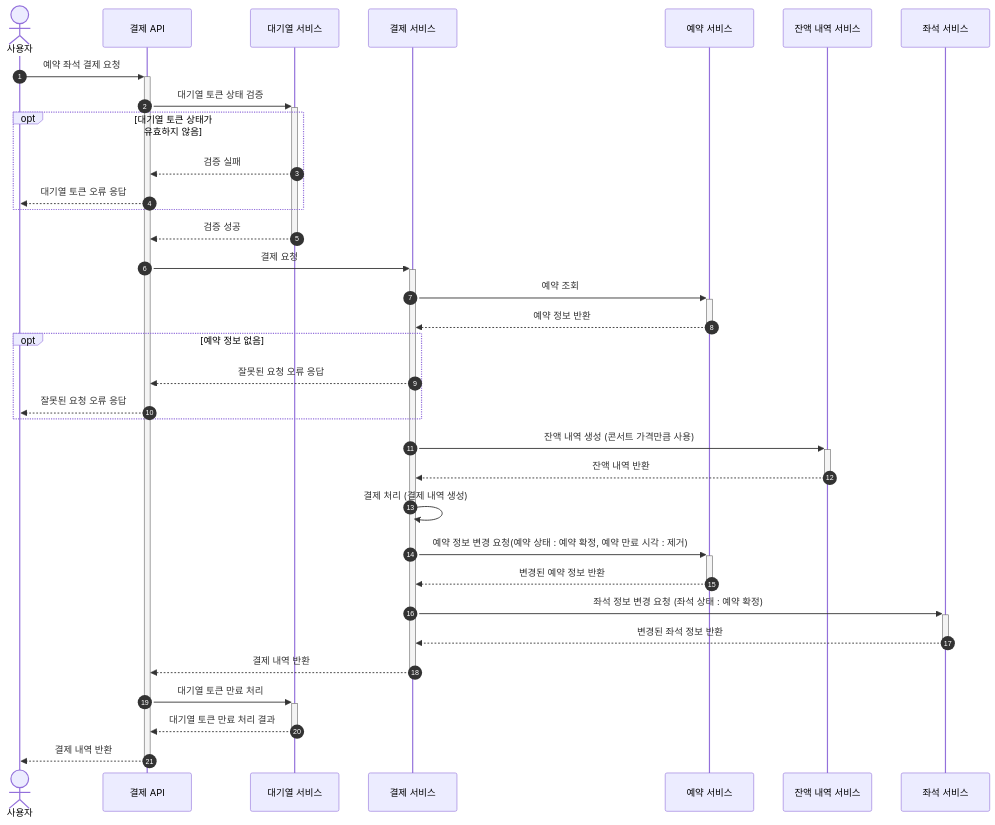
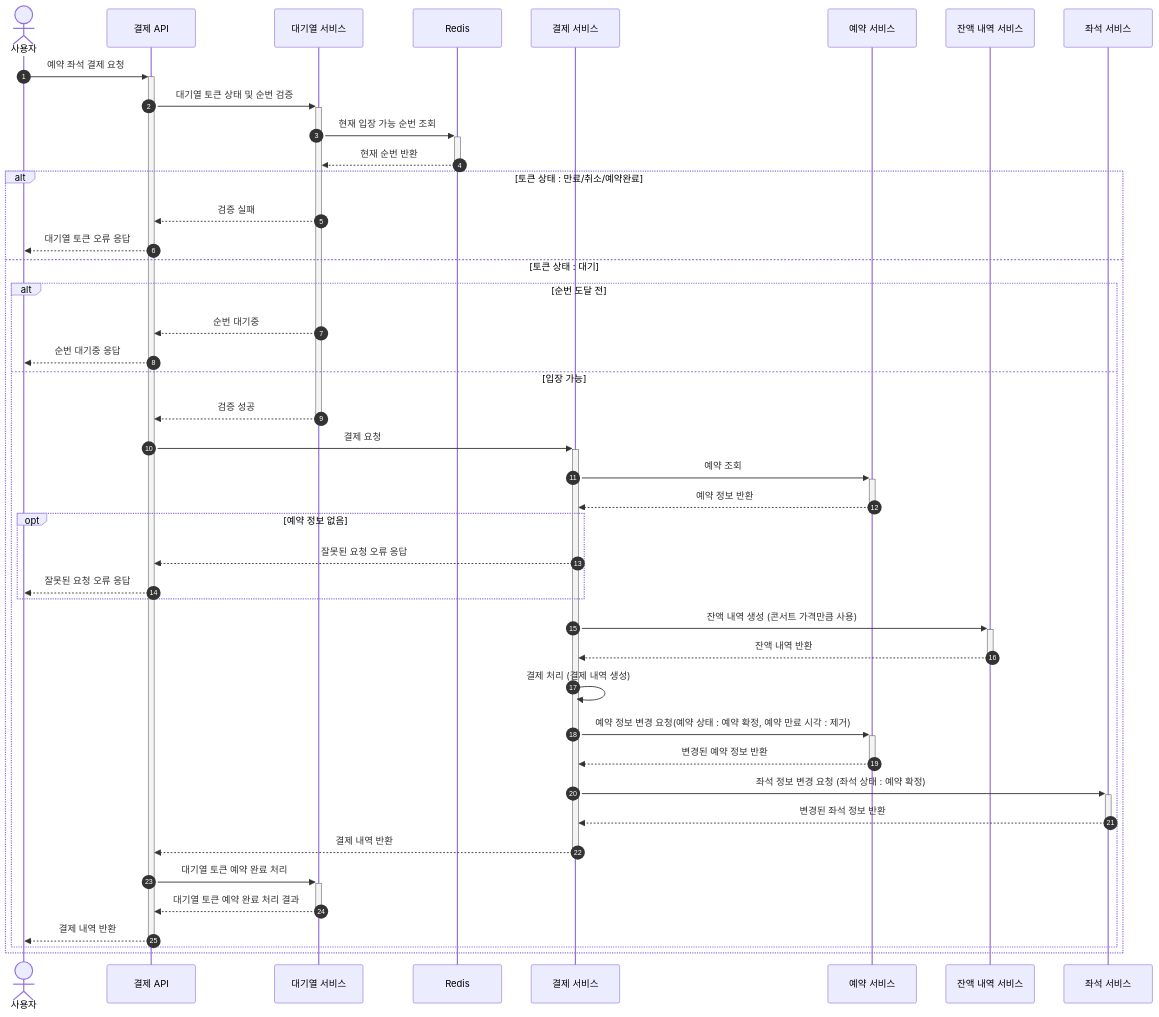
Before and after one commit to y-00jin/hhplus-server-concert: the seventh of 7 diagrams in docs/02_sequenceDiagram.md, drawn with Mermaid. The commit also changed other lines of this file and 1 other file, not shown here.

First line of the commit message:
[2주차] PR 코멘트 반영: 시퀀스 다이어그램 업데이트 (#12)

````diff
--- a/docs/02_sequenceDiagram.md
+++ b/docs/02_sequenceDiagram.md
@@ -230,47 +258,55 @@
 ```mermaid
 
 sequenceDiagram
 
 	autonumber
 	actor 사용자 as 사용자
 	participant PaymentAPI as 결제 API
-	participant QueueService as 대기열 서비스	
+	participant QueueService as 대기열 서비스
+	participant Redis as Redis
 	participant PaymentService as 결제 서비스
 	participant ReservationService as 예약 서비스
 	participant BalanceHistoryService as 잔액 내역 서비스
 	participant SeatService as 좌석 서비스
 
 	사용자 ->>+ PaymentAPI: 예약 좌석 결제 요청
-	PaymentAPI ->>+ QueueService: 대기열 토큰 상태 검증 
-	
-	opt 대기열 토큰 상태가 유효하지 않음
-		QueueService -->> PaymentAPI:검증 실패
-		PaymentAPI -->> 사용자:대기열 토큰 오류 응답
+	PaymentAPI ->>+ QueueService: 대기열 토큰 상태 및 순번 검증 
+	QueueService ->>+ Redis: 현재 입장 가능 순번 조회
+	Redis -->>- QueueService: 현재 순번 반환
+
+	alt 토큰 상태 : 만료/취소/예약완료
+		QueueService -->> PaymentAPI: 검증 실패
+		PaymentAPI -->> 사용자: 대기열 토큰 오류 응답
+	else 토큰 상태 : 대기
+		alt 순번 도달 전
+			QueueService -->> PaymentAPI: 순번 대기중
+			PaymentAPI -->> 사용자: 순번 대기중 응답
+		else 입장 가능
+			QueueService -->>- PaymentAPI: 검증 성공 
+			PaymentAPI ->>+ PaymentService: 결제 요청
+		
+			PaymentService ->>+ ReservationService: 예약 조회
+			ReservationService -->>- PaymentService:예약 정보 반환
+			
+			opt 예약 정보 없음
+				PaymentService -->> PaymentAPI : 잘못된 요청 오류 응답
+				PaymentAPI -->> 사용자 : 잘못된 요청 오류 응답
+			end
+			
+			PaymentService ->>+ BalanceHistoryService : 잔액 내역 생성 (콘서트 가격만큼 사용)
+			BalanceHistoryService -->>- PaymentService : 잔액 내역 반환
+			PaymentService ->> PaymentService : 결제 처리 (결제 내역 생성)
+			PaymentService ->>+ReservationService : 예약 정보 변경 요청(예약 상태 : 예약 확정, 예약 만료 시각 : 제거)
+			ReservationService -->>-PaymentService : 변경된 예약 정보 반환
+		
+			PaymentService ->>+ SeatService : 좌석 정보 변경 요청 (좌석 상태 : 예약 확정)
+			SeatService -->>- PaymentService : 변경된 좌석 정보 반환 
+			
+			PaymentService -->>- PaymentAPI : 결제 내역 반환
+			
+			PaymentAPI ->>+ QueueService: 대기열 토큰 예약 완료 처리
+			QueueService -->>- PaymentAPI : 대기열 토큰 예약 완료 처리 결과
+			PaymentAPI -->>- 사용자 : 결제 내역 반환
+		end
 	end
-
-	QueueService -->>- PaymentAPI: 검증 성공 
-	PaymentAPI ->>+ PaymentService: 결제 요청
-
-	PaymentService ->>+ ReservationService: 예약 조회
-	ReservationService -->>- PaymentService:예약 정보 반환
-	
-	opt 예약 정보 없음
-		PaymentService -->> PaymentAPI : 잘못된 요청 오류 응답
-		PaymentAPI -->> 사용자 : 잘못된 요청 오류 응답
-	end
-	
-	PaymentService ->>+ BalanceHistoryService : 잔액 내역 생성 (콘서트 가격만큼 사용)
-	BalanceHistoryService -->>- PaymentService : 잔액 내역 반환
-	PaymentService ->> PaymentService : 결제 처리 (결제 내역 생성)
-	PaymentService ->>+ReservationService : 예약 정보 변경 요청(예약 상태 : 예약 확정, 예약 만료 시각 : 제거)
-	ReservationService -->>-PaymentService : 변경된 예약 정보 반환
-
-	PaymentService ->>+ SeatService : 좌석 정보 변경 요청 (좌석 상태 : 예약 확정)
-	SeatService -->>- PaymentService : 변경된 좌석 정보 반환 
-	
-	PaymentService -->>- PaymentAPI : 결제 내역 반환
-	
-	PaymentAPI ->>+ QueueService: 대기열 토큰 만료 처리
-	QueueService -->>- PaymentAPI : 대기열 토큰 만료 처리 결과
-	PaymentAPI -->>- 사용자 : 결제 내역 반환
 ```
````
